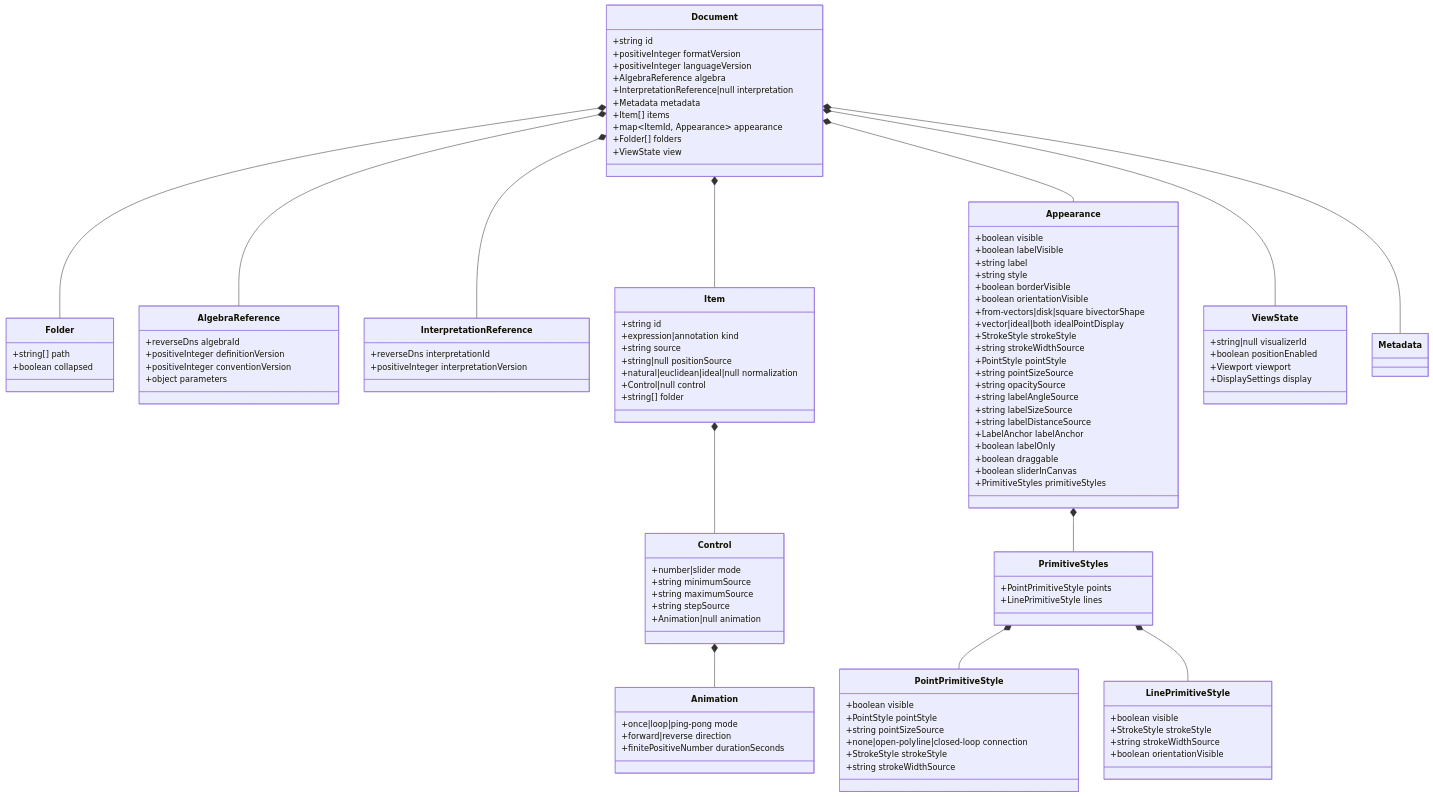
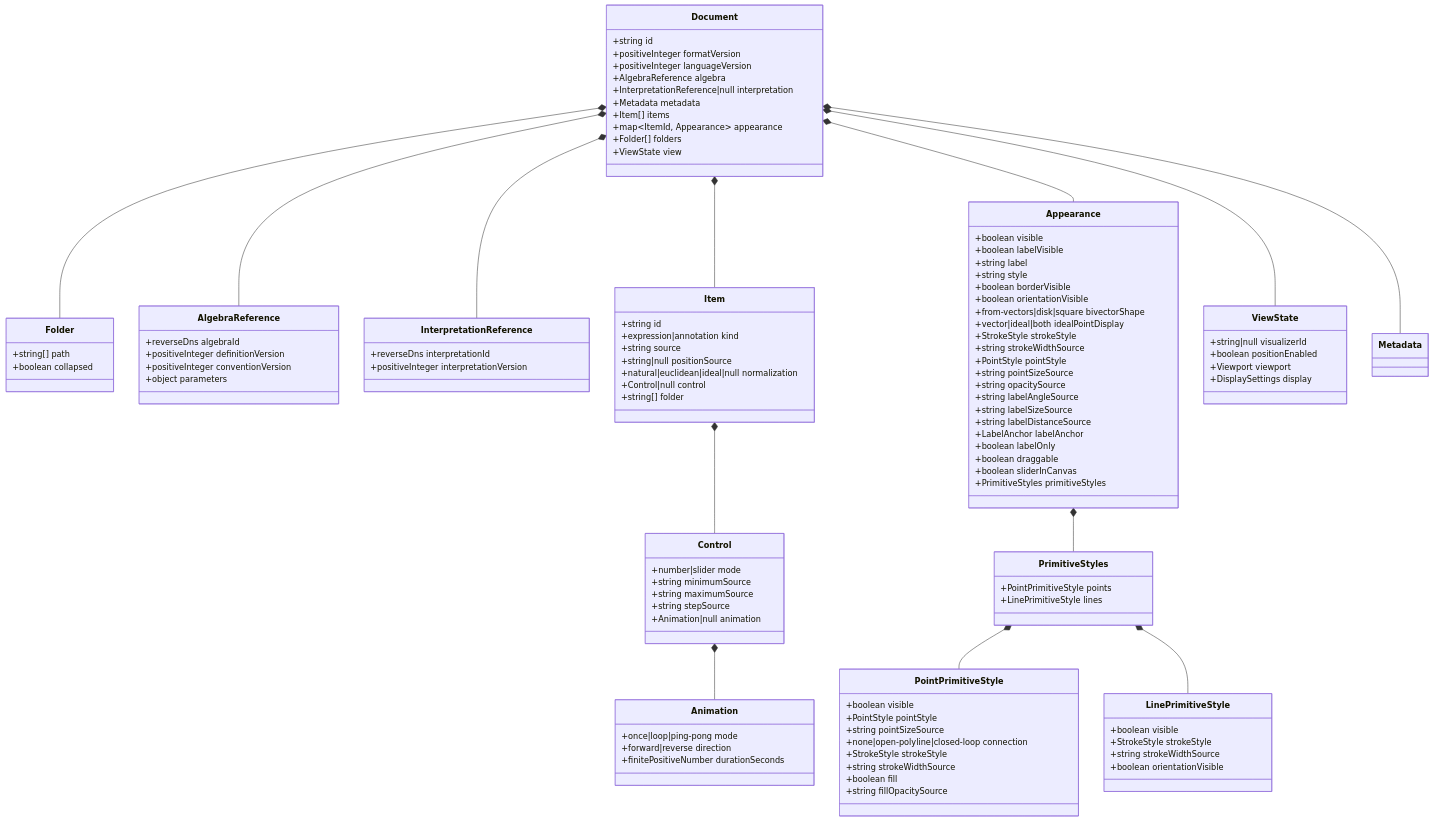
One commit to eharquin/gamut changed the first of 2 diagrams in docs/specifications/document-format.md. Above: the diagram before and after it, drawn with Mermaid. The commit also changed other lines of this file and 31 other files, not shown here.

```diff
--- a/docs/specifications/document-format.md
+++ b/docs/specifications/document-format.md
@@ -189,6 +191,8 @@
       +none|open-polyline|closed-loop connection
       +StrokeStyle strokeStyle
       +string strokeWidthSource
+      +boolean fill
+      +string fillOpacitySource
     }
     class LinePrimitiveStyle {
       +boolean visible
```
